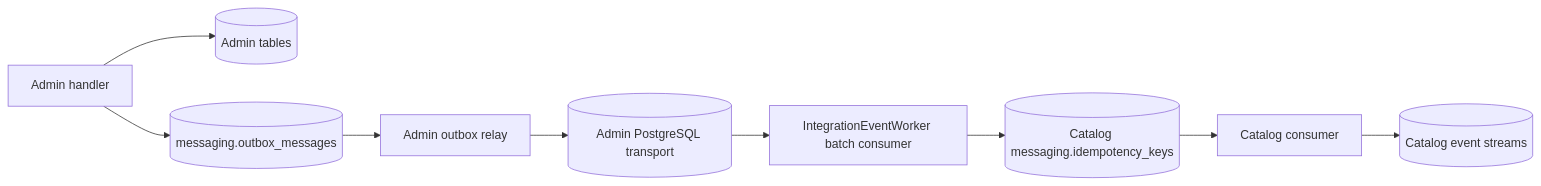
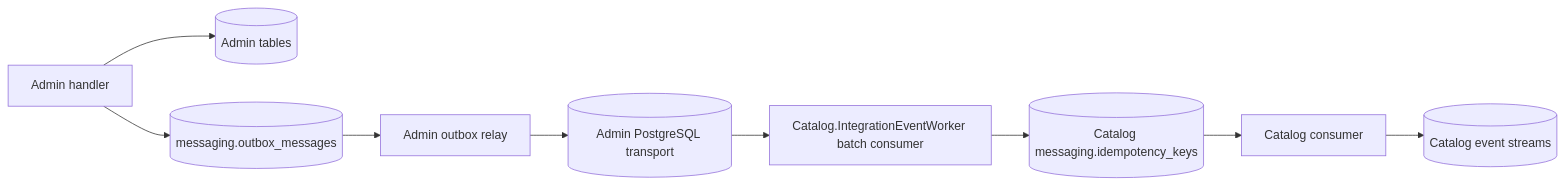
Before and after one commit to danigutsch/ViajantesTurismo: the third of 12 diagrams in docs/architecture/FLOWS.md, drawn with Mermaid. The commit also changed other lines of this file and 22 other files, not shown here.

First line of the commit message:
refactor(workers)!: make the integration event worker Catalog-owned (#1236)

````diff
--- a/docs/architecture/FLOWS.md
+++ b/docs/architecture/FLOWS.md
@@ -104,21 +104,21 @@
 ```mermaid
 flowchart LR
     adminHandler[Admin handler]
     adminDb[(Admin tables)]
     outbox[(messaging.outbox_messages)]
     relay[Admin outbox relay]
     transport[(Admin PostgreSQL transport)]
-    worker[IntegrationEventWorker batch consumer]
+    worker[Catalog.IntegrationEventWorker batch consumer]
     inbox[(Catalog messaging.idempotency_keys)]
     catalogConsumer[Catalog consumer]
     catalogEvents[(Catalog event streams)]
 
     adminHandler --> adminDb
     adminHandler --> outbox
     outbox --> relay
     relay --> transport
     transport --> worker
     worker --> inbox
     inbox --> catalogConsumer
     catalogConsumer --> catalogEvents
 ```
````
